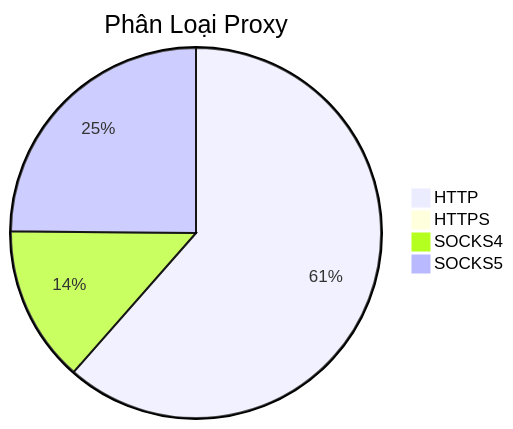
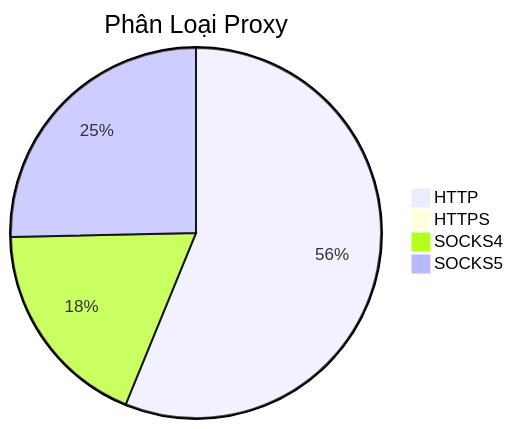
The diagram in README.md (Ciara-12/PROXY-free), drawn with Mermaid before and after one commit. The commit also changed other lines of this file and 4 other files, not shown here.

````diff
--- a/README.md
+++ b/README.md
@@ -26,7 +26,7 @@
 ```mermaid
 pie title Phân Loại Proxy
-    "HTTP" : 851
-    "HTTPS" : 0
-    "SOCKS4" : 189
-    "SOCKS5" : 344
+    "HTTP" : 785
+    "HTTPS" : 2
+    "SOCKS4" : 258
+    "SOCKS5" : 354
 ```
````
